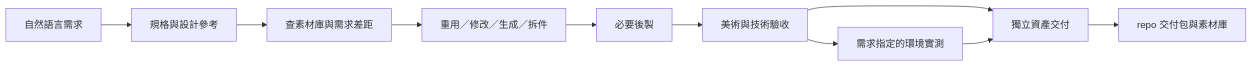
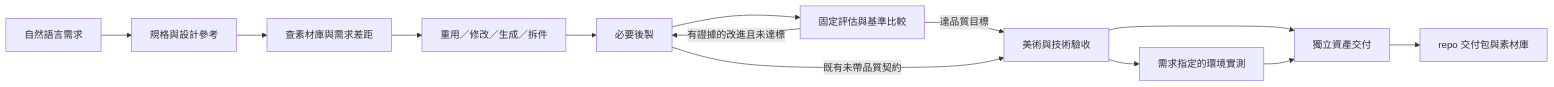
The diagram in docs/art-workflow.md (monkey1sai/mmo-asset-pipeline), drawn with Mermaid before and after one commit. The commit also changed other lines of this file and 15 other files, not shown here.

````diff
--- a/docs/art-workflow.md
+++ b/docs/art-workflow.md
@@ -5,12 +5,15 @@
 ```mermaid
 flowchart LR
   A[自然語言需求] --> B[規格與設計參考]
   B --> C[查素材庫與需求差距]
   C --> D[重用／修改／生成／拆件]
   D --> E[必要後製]
-  E --> F[美術與技術驗收]
+  E --> J[固定評估與基準比較]
+  J -->|有證據的改進且未達標| E
+  J -->|達品質目標| F[美術與技術驗收]
+  E -->|既有未帶品質契約| F
   F --> G[需求指定的環境實測]
   F --> H[獨立資產交付]
   G --> H
   H --> I[repo 交付包與素材庫]
 ```
````
